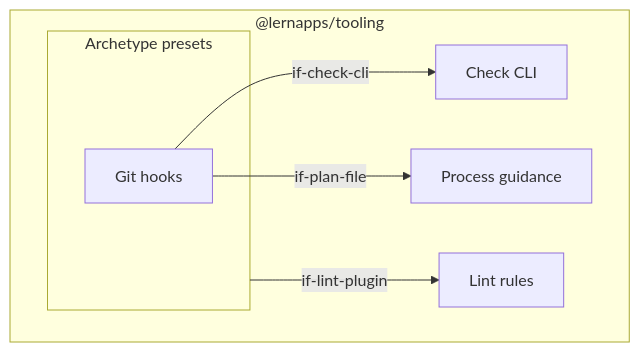
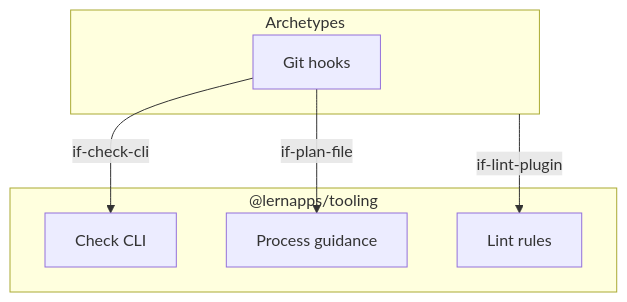
One commit to lernapps/tooling changed the second of 2 diagrams in docs/arc42/05-building-blocks.arc42.md. Above: the diagram before and after it, drawn with Mermaid. The commit also changed other lines of this file and 14 other files, not shown here.

First line of the commit message:
feat(docs): add the lifecycle page, generated from one description and checked against the architecture

````diff
--- a/docs/arc42/05-building-blocks.arc42.md
+++ b/docs/arc42/05-building-blocks.arc42.md
@@ -87,14 +88,14 @@
 ```mermaid
 flowchart TB
     subgraph bb-tooling-package["@lernapps/tooling"]
-        subgraph bb-archetypes["Archetype presets"]
-            bb-git-hooks["Git hooks"]
-        end
         bb-check-cli["Check CLI"]
         bb-process-guidance["Process guidance"]
         bb-lint-rules["Lint rules"]
+    end
+    subgraph bb-archetypes["Archetypes"]
+        bb-git-hooks["Git hooks"]
     end
     bb-git-hooks -->|"if-check-cli"| bb-check-cli
     bb-git-hooks -->|"if-plan-file"| bb-process-guidance
     bb-archetypes -->|"if-lint-plugin"| bb-lint-rules
 ```
````
